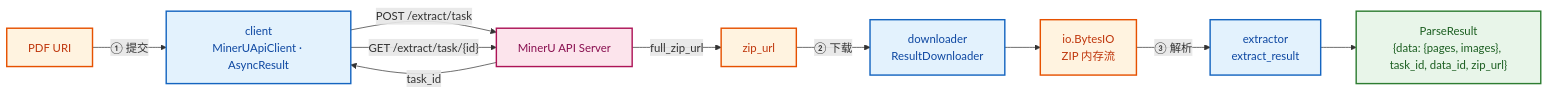
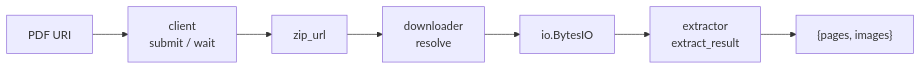
The first of 3 diagrams in docs/specs/SPEC-004-pipeline/spec.md (dream-365/mineru-parser), drawn with Mermaid before and after one commit. The commit also changed other lines of this file and 3 other files, not shown here.

````diff
--- a/docs/specs/SPEC-004-pipeline/spec.md
+++ b/docs/specs/SPEC-004-pipeline/spec.md
@@ -49,26 +31,9 @@
 ```mermaid
 flowchart LR
-    classDef io fill:#fff3e0,stroke:#e65100,stroke-width:2px,color:#bf360c;
-    classDef mod fill:#e3f2fd,stroke:#1565c0,stroke-width:2px,color:#0d47a1;
-    classDef out fill:#e8f5e9,stroke:#2e7d32,stroke-width:2px,color:#1b5e20;
-    classDef srv fill:#fce4ec,stroke:#ad1457,stroke-width:2px,color:#880e4f;
-
-    URI["PDF URI"]:::io
-    CLIENT["client<br/>MinerUApiClient · AsyncResult"]:::mod
-    API["MinerU API Server"]:::srv
-    ZIPURL["zip_url"]:::io
-    DL["downloader<br/>ResultDownloader"]:::mod
-    MEM["io.BytesIO<br/>ZIP 内存流"]:::io
-    EX["extractor<br/>extract_result"]:::mod
-    RESULT["ParseResult<br/>{data: {pages, images}, task_id, data_id, zip_url}"]:::out
-
-    URI -->|"① 提交"| CLIENT
-    CLIENT -->|"POST /extract/task"| API
-    API -->|"task_id"| CLIENT
-    CLIENT -->|"GET /extract/task/{id}"| API
-    API -->|"full_zip_url"| ZIPURL
-    ZIPURL -->|"② 下载"| DL
-    DL --> MEM
-    MEM -->|"③ 解析"| EX
-    EX --> RESULT
+    URI["PDF URI"] --> CLIENT["client<br/>submit / wait"]
+    CLIENT --> ZIPURL["zip_url"]
+    ZIPURL --> DL["downloader<br/>resolve"]
+    DL --> MEM["io.BytesIO"]
+    MEM --> EX["extractor<br/>extract_result"]
+    EX --> RESULT["{pages, images}"]
 ```
````
